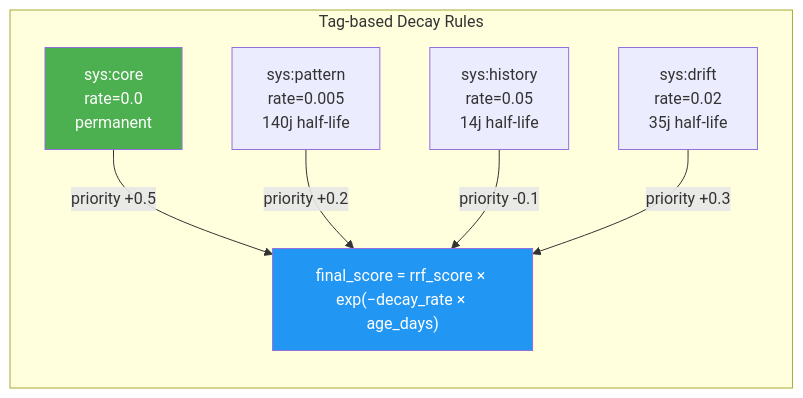
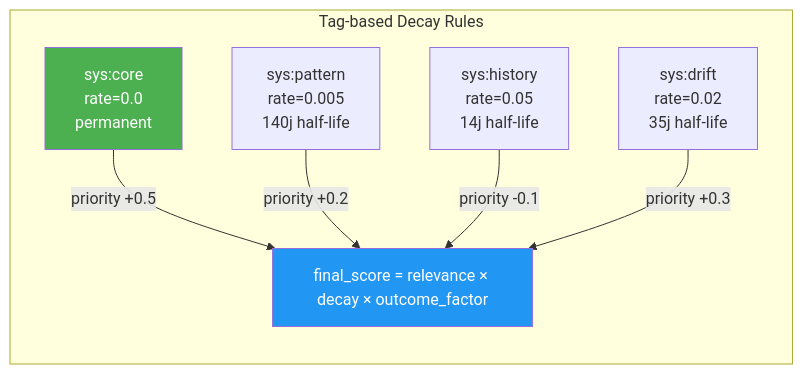
One commit to giak/mnemo-lite changed the sixth of 15 diagrams in docs/ARCHITECTURE.md. Above: the diagram before and after it, drawn with Mermaid. The commit also changed other lines of this file, not shown here.

First line of the commit message:
docs: update ARCHITECTURE.md to reflect current codebase

````diff
--- a/docs/ARCHITECTURE.md
+++ b/docs/ARCHITECTURE.md
@@ -302,14 +330,14 @@
 ```mermaid
 graph LR
     subgraph "Tag-based Decay Rules"
         CORE["sys:core<br/>rate=0.0<br/>permanent"] -->|"priority +0.5"| SCORE["Final Score"]
         PATTERN["sys:pattern<br/>rate=0.005<br/>140j half-life"] -->|"priority +0.2"| SCORE
         HISTORY["sys:history<br/>rate=0.05<br/>14j half-life"] -->|"priority -0.1"| SCORE
         DRIFT["sys:drift<br/>rate=0.02<br/>35j half-life"] -->|"priority +0.3"| SCORE
     end
 
-    SCORE["final_score = rrf_score × exp(−decay_rate × age_days)"]
+    SCORE["final_score = relevance × decay × outcome_factor"]
 
     style CORE fill:#4CAF50,color:#fff
     style SCORE fill:#2196F3,color:#fff
 ```
````
